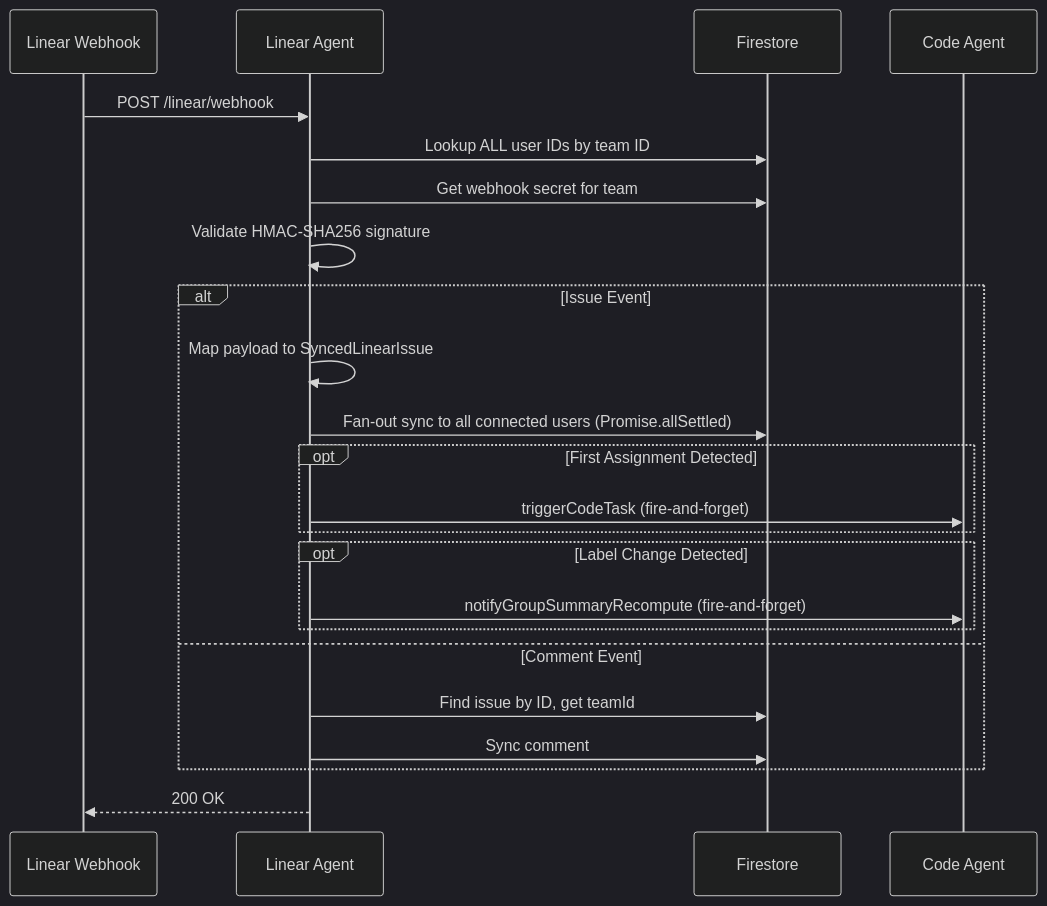
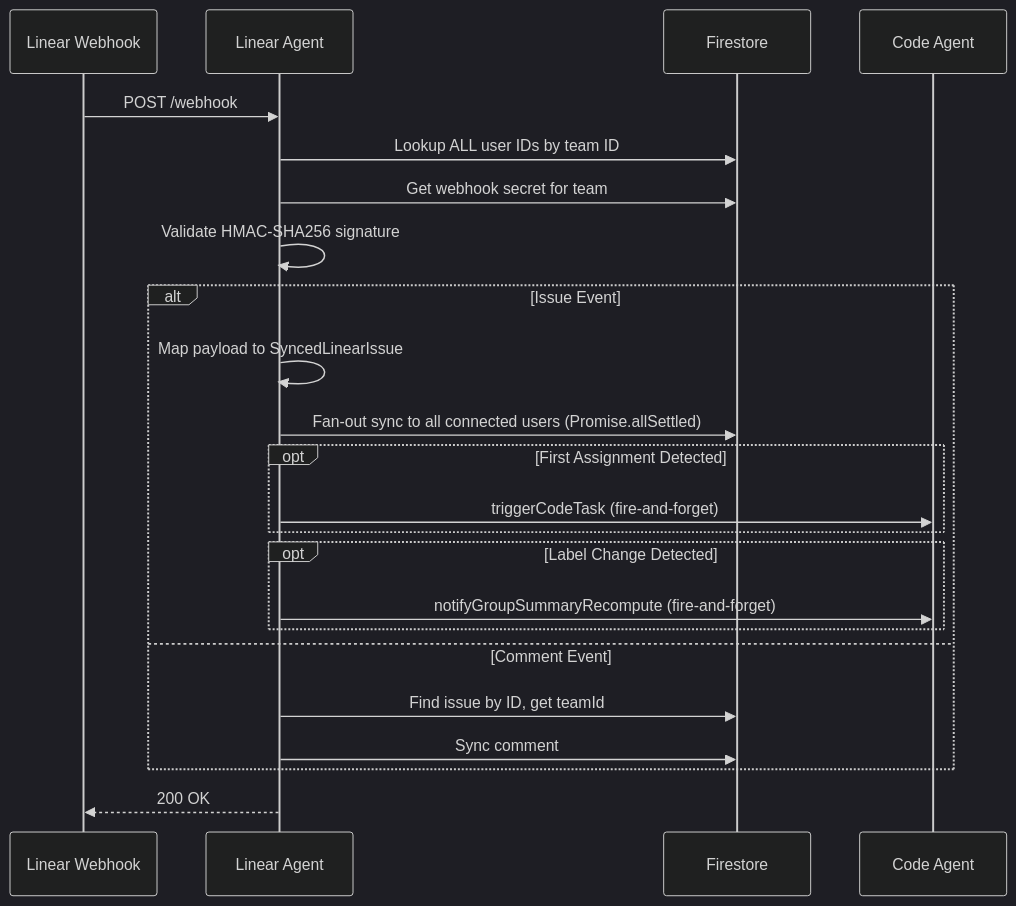
One commit to pbuchman/intexuraos changed the third of 5 diagrams in docs/services/linear-agent/technical.md. Above: the diagram before and after it, drawn with Mermaid (dark theme). The commit also changed other lines of this file and 235 other files, not shown here.

````diff
--- a/docs/services/linear-agent/technical.md
+++ b/docs/services/linear-agent/technical.md
@@ -161,26 +161,26 @@
 ```mermaid
 sequenceDiagram
     participant Linear as Linear Webhook
     participant LA as Linear Agent
     participant FS as Firestore
     participant CA as Code Agent
 
-    Linear->>LA: POST /linear/webhook
+    Linear->>LA: POST /webhook
     LA->>FS: Lookup ALL user IDs by team ID
     LA->>FS: Get webhook secret for team
     LA->>LA: Validate HMAC-SHA256 signature
     alt Issue Event
         LA->>LA: Map payload to SyncedLinearIssue
         LA->>FS: Fan-out sync to all connected users (Promise.allSettled)
         opt First Assignment Detected
             LA->>CA: triggerCodeTask (fire-and-forget)
         end
         opt Label Change Detected
             LA->>CA: notifyGroupSummaryRecompute (fire-and-forget)
         end
     else Comment Event
         LA->>FS: Find issue by ID, get teamId
         LA->>FS: Sync comment
     end
     LA-->>Linear: 200 OK
 ```
````
